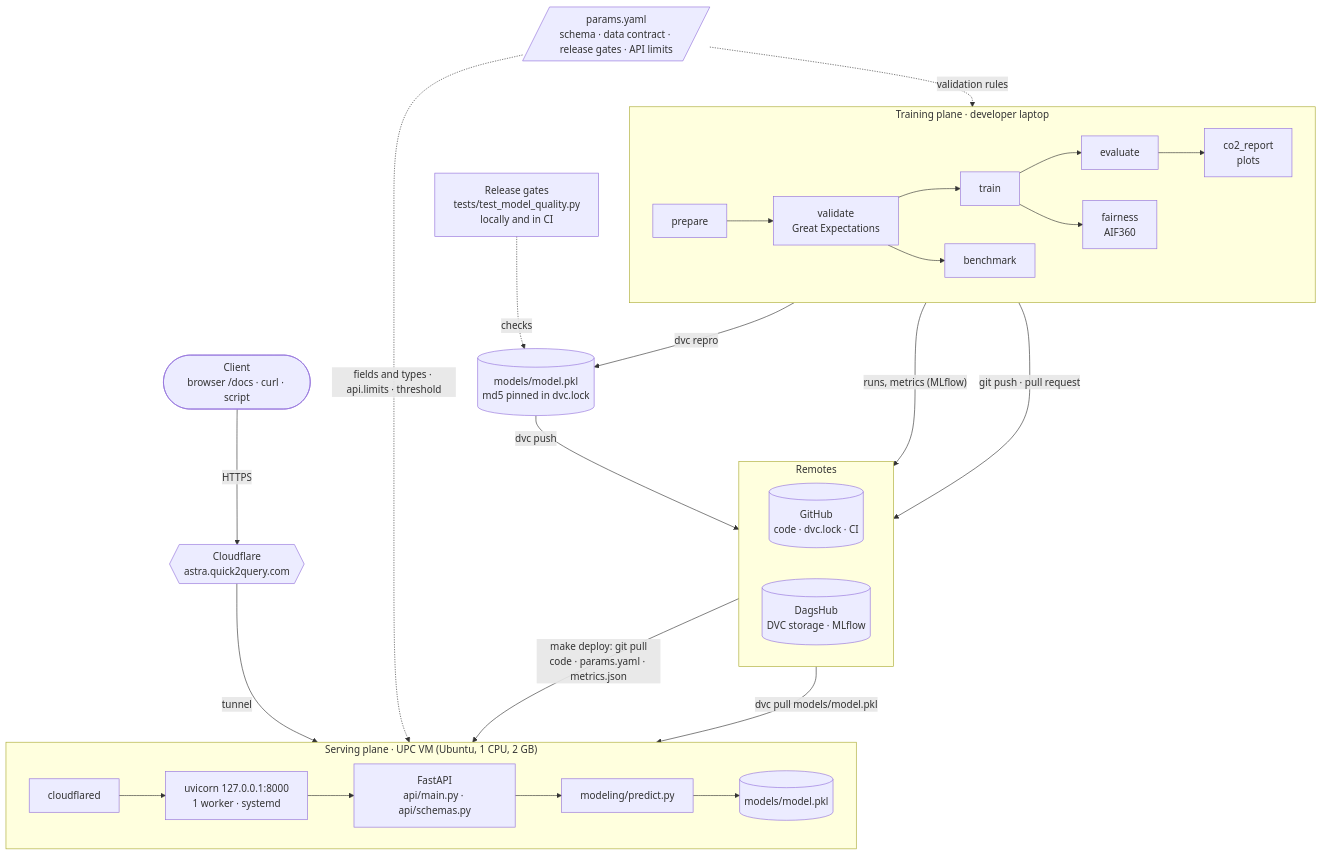
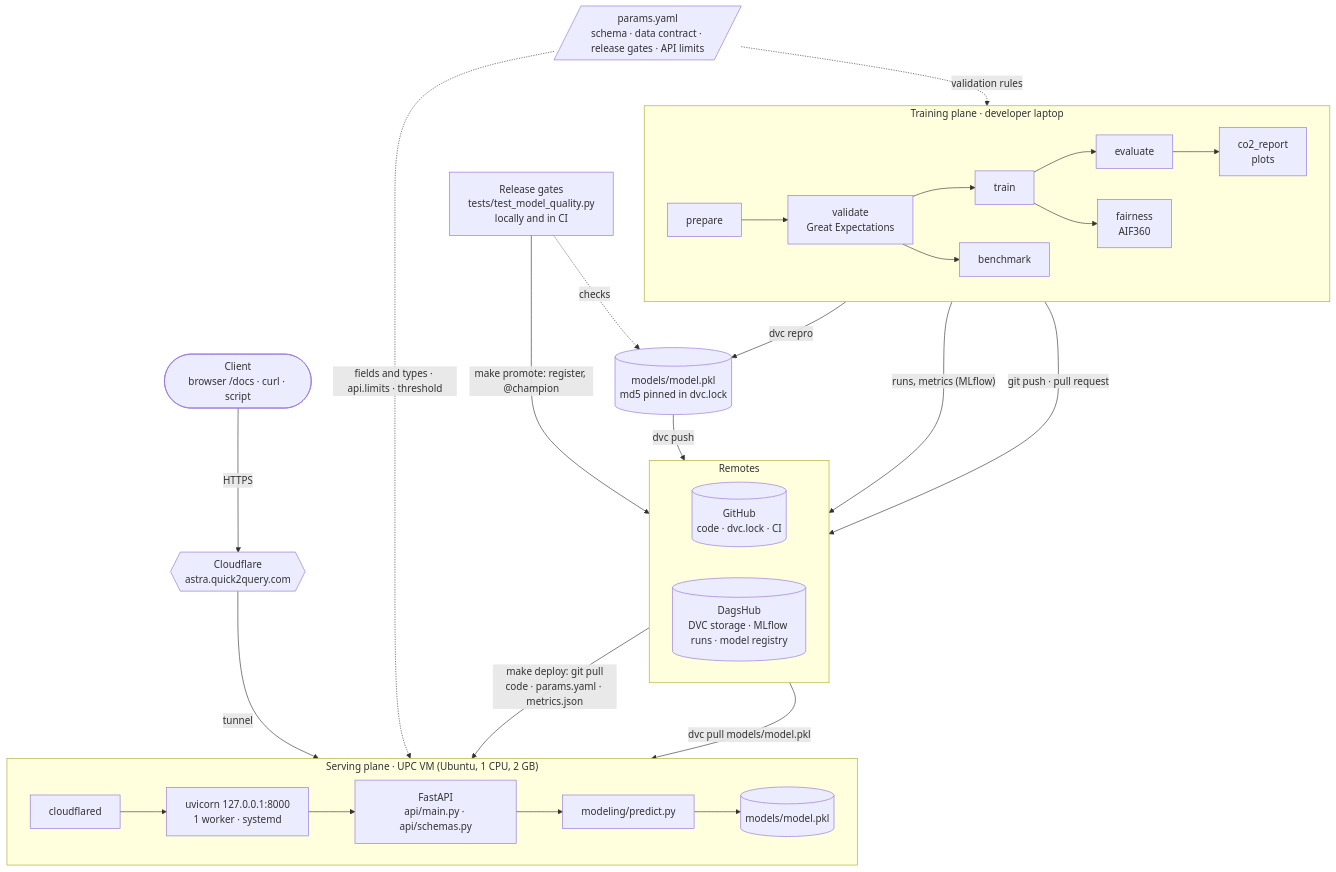
The first of 2 diagrams in docs/system_design.md (taed2-2627q1-gced-upc/taed2-astra), drawn with Mermaid before and after one commit. The commit also changed other lines of this file and 6 other files, not shown here.

First line of the commit message:
feat: register gated models in the MLflow Model Registry

````diff
--- a/docs/system_design.md
+++ b/docs/system_design.md
@@ -28,37 +29,38 @@
 ```mermaid
 flowchart TB
     P[/"params.yaml<br/>schema · data contract · release gates · API limits"/]
 
     subgraph TRAINING["Training plane · developer laptop"]
         direction LR
         PREP[prepare] --> VAL["validate<br/>Great Expectations"] --> TRAIN[train] --> EVAL[evaluate] --> CO2["co2_report<br/>plots"]
         VAL --> BENCH[benchmark]
         TRAIN --> FAIR["fairness<br/>AIF360"]
     end
 
     M[("models/model.pkl<br/>md5 pinned in dvc.lock")]
     GATES["Release gates<br/>tests/test_model_quality.py<br/>locally and in CI"]
 
     subgraph REMOTES["Remotes"]
         direction LR
         GH[("GitHub<br/>code · dvc.lock · CI")]
-        DH[("DagsHub<br/>DVC storage · MLflow")]
+        DH[("DagsHub<br/>DVC storage · MLflow runs · model registry")]
     end
 
     subgraph SERVING["Serving plane · UPC VM (Ubuntu, 1 CPU, 2 GB)"]
         direction LR
         CFD[cloudflared] --> UV["uvicorn 127.0.0.1:8000<br/>1 worker · systemd"] --> APP["FastAPI<br/>api/main.py · api/schemas.py"] --> PRED["modeling/predict.py"] --> MV[("models/model.pkl")]
     end
 
     CLIENT(["Client<br/>browser /docs · curl · script"]) -- HTTPS --> CF{{"Cloudflare<br/>astra.quick2query.com"}} -- tunnel --> SERVING
 
     P -. "validation rules" .-> TRAINING
     TRAINING -- "dvc repro" --> M
     GATES -. checks .-> M
+    GATES -- "make promote: register, @champion" --> DH
     TRAINING -- "runs, metrics (MLflow)" --> DH
     M -- "dvc push" --> DH
     TRAINING -- "git push · pull request" --> GH
     GH -- "make deploy: git pull<br/>code · params.yaml · metrics.json" --> SERVING
     DH -- "dvc pull models/model.pkl" --> SERVING
     P -. "fields and types · api.limits · threshold" .-> SERVING
 ```
````
